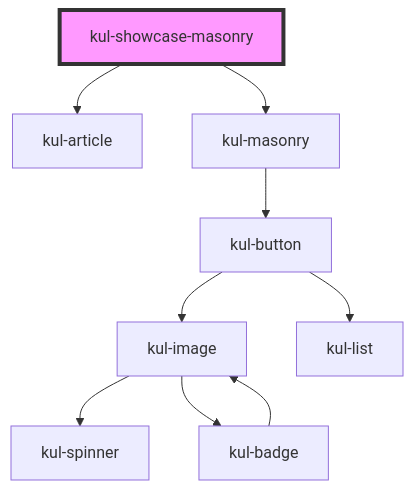
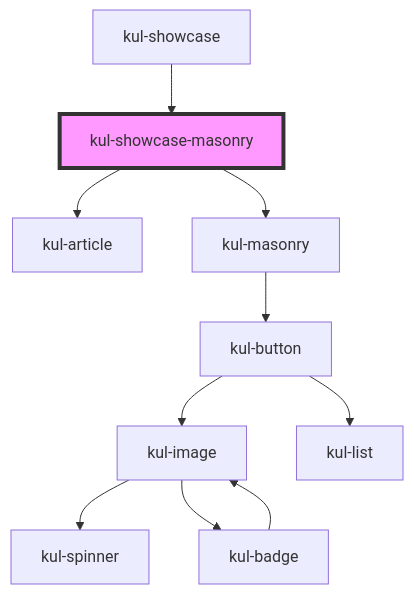
The diagram in packages/ketchup-lite/src/components/kul-showcase/components/masonry/readme.md (lucafoscili/ketchup-lite), drawn with Mermaid before and after one commit. The commit also changed other lines of this file and 45 other files, not shown here.

````diff
--- a/packages/ketchup-lite/src/components/kul-showcase/components/masonry/readme.md
+++ b/packages/ketchup-lite/src/components/kul-showcase/components/masonry/readme.md
@@ -24,12 +28,13 @@
 ```mermaid
 graph TD;
   kul-showcase-masonry --> kul-article
   kul-showcase-masonry --> kul-masonry
   kul-masonry --> kul-button
   kul-button --> kul-image
   kul-button --> kul-list
   kul-image --> kul-spinner
   kul-image --> kul-badge
   kul-badge --> kul-image
+  kul-showcase --> kul-showcase-masonry
   style kul-showcase-masonry fill:#f9f,stroke:#333,stroke-width:4px
 ```
````
